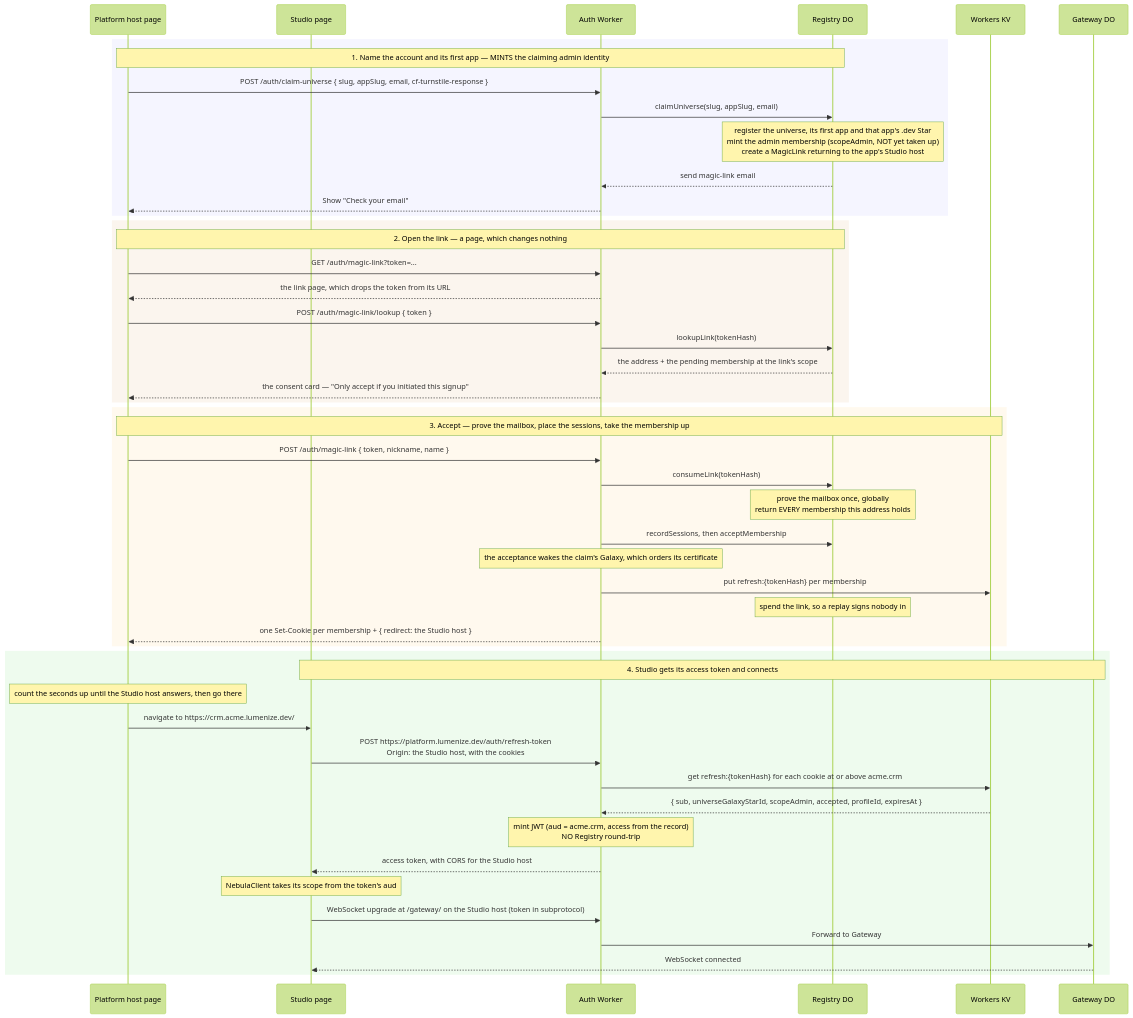
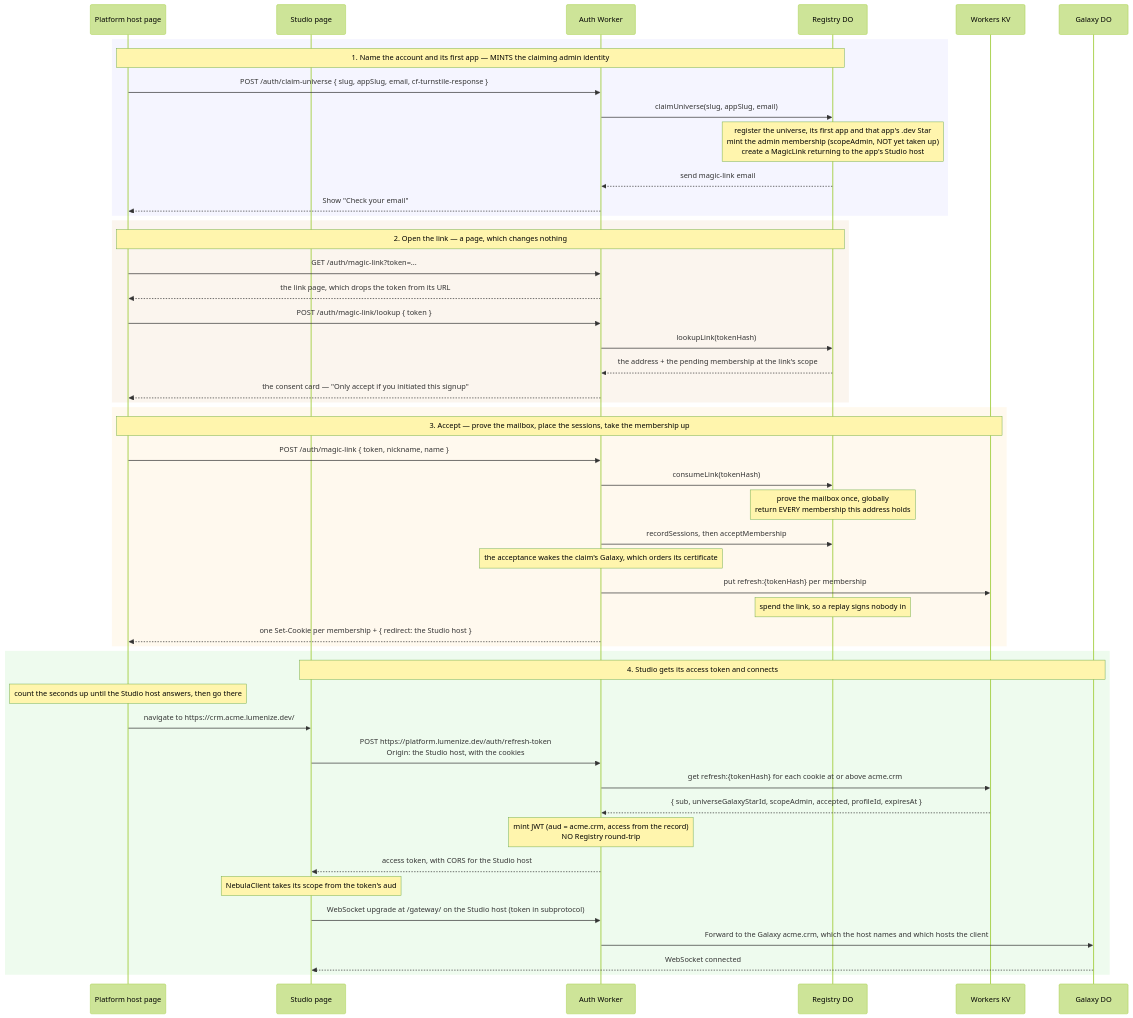
One commit to lumenize/lumenize changed the first of 5 diagrams in website/docs/nebula/auth-flows.md. Above: the diagram before and after it, drawn with Mermaid (forest theme). The commit also changed other lines of this file and 89 other files, not shown here.

````diff
--- a/website/docs/nebula/auth-flows.md
+++ b/website/docs/nebula/auth-flows.md
@@ -39,55 +39,55 @@
 ```mermaid
 sequenceDiagram
     participant P as Platform host page
     participant S as Studio page
     participant W as Auth Worker
     participant R as Registry DO
     participant KV as Workers KV
-    participant GW as Gateway DO
+    participant GW as Galaxy DO
 
     rect rgba(220, 220, 255, 0.3)
         Note over P,R: 1. Name the account and its first app — MINTS the claiming admin identity
         P->>W: POST /auth/claim-universe { slug, appSlug, email, cf-turnstile-response }
         W->>R: claimUniverse(slug, appSlug, email)
         Note over R: register the universe, its first app and that app's .dev Star<br/>mint the admin membership (scopeAdmin, NOT yet taken up)<br/>create a MagicLink returning to the app's Studio host
         R-->>W: send magic-link email
         W-->>P: Show "Check your email"
     end
 
     rect rgba(240, 220, 200, 0.3)
         Note over P,R: 2. Open the link — a page, which changes nothing
         P->>W: GET /auth/magic-link?token=...
         W-->>P: the link page, which drops the token from its URL
         P->>W: POST /auth/magic-link/lookup { token }
         W->>R: lookupLink(tokenHash)
         R-->>W: the address + the pending membership at the link's scope
         W-->>P: the consent card — "Only accept if you initiated this signup"
     end
 
     rect rgba(255, 235, 200, 0.3)
         Note over P,KV: 3. Accept — prove the mailbox, place the sessions, take the membership up
         P->>W: POST /auth/magic-link { token, nickname, name }
         W->>R: consumeLink(tokenHash)
         Note over R: prove the mailbox once, globally<br/>return EVERY membership this address holds
         W->>R: recordSessions, then acceptMembership
         Note over W: the acceptance wakes the claim's Galaxy, which orders its certificate
         W->>KV: put refresh:{tokenHash} per membership
         Note over R: spend the link, so a replay signs nobody in
         W-->>P: one Set-Cookie per membership + { redirect: the Studio host }
     end
 
     rect rgba(200, 240, 200, 0.3)
         Note over S,GW: 4. Studio gets its access token and connects
         Note over P: count the seconds up until the Studio host answers, then go there
         P->>S: navigate to https://crm.acme.lumenize.dev/
         S->>W: POST https://platform.lumenize.dev/auth/refresh-token<br/>Origin: the Studio host, with the cookies
         W->>KV: get refresh:{tokenHash} for each cookie at or above acme.crm
         KV-->>W: { sub, universeGalaxyStarId, scopeAdmin, accepted, profileId, expiresAt }
         Note over W: mint JWT (aud = acme.crm, access from the record)<br/>NO Registry round-trip
         W-->>S: access token, with CORS for the Studio host
         Note over S: NebulaClient takes its scope from the token's aud
         S->>W: WebSocket upgrade at /gateway/ on the Studio host (token in subprotocol)
-        W->>GW: Forward to Gateway
+        W->>GW: Forward to the Galaxy acme.crm, which the host names and which hosts the client
         GW-->>S: WebSocket connected
     end
 ```
````
